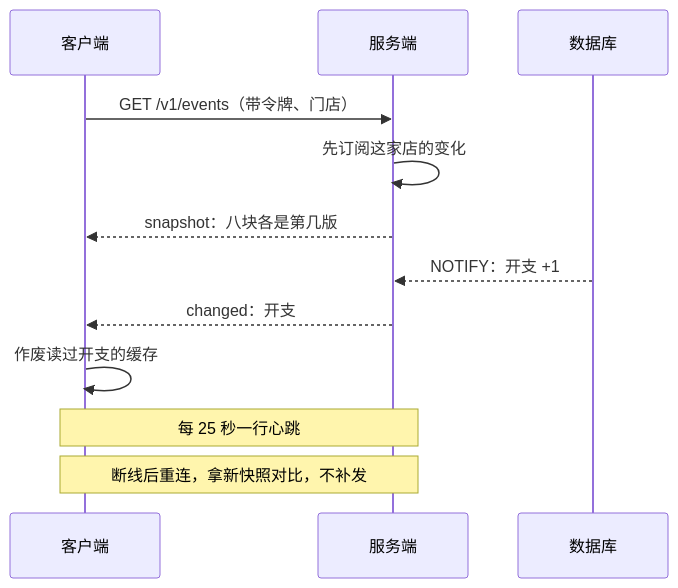
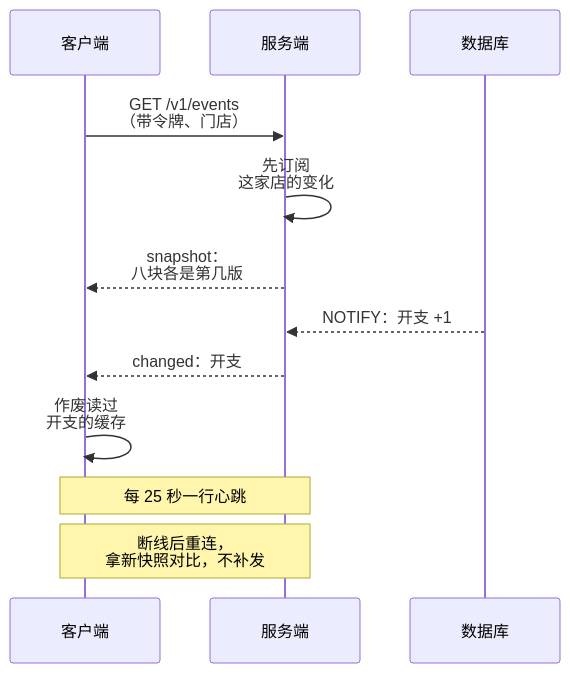
Before and after one commit to jarvis-pro/hatch-shelf: the diagram in books/system-design/05-realtime-push.md, drawn with Mermaid. The commit also changed 432 other files, not shown here.

````diff
--- a/books/system-design/05-realtime-push.md
+++ b/books/system-design/05-realtime-push.md
@@ -53,14 +53,14 @@
 ```mermaid
 sequenceDiagram
   participant C as 客户端
   participant S as 服务端
   participant D as 数据库
-  C->>S: GET /v1/events（带令牌、门店）
-  S->>S: 先订阅这家店的变化
-  S-->>C: snapshot：八块各是第几版
+  C->>S: GET /v1/events<br/>（带令牌、门店）
+  S->>S: 先订阅<br/>这家店的变化
+  S-->>C: snapshot：<br/>八块各是第几版
   D-->>S: NOTIFY：开支 +1
   S-->>C: changed：开支
-  C->>C: 作废读过开支的缓存
+  C->>C: 作废读过<br/>开支的缓存
   Note over C,S: 每 25 秒一行心跳
-  Note over C,S: 断线后重连，拿新快照对比，不补发
+  Note over C,S: 断线后重连，<br/>拿新快照对比，不补发
 ```
````
